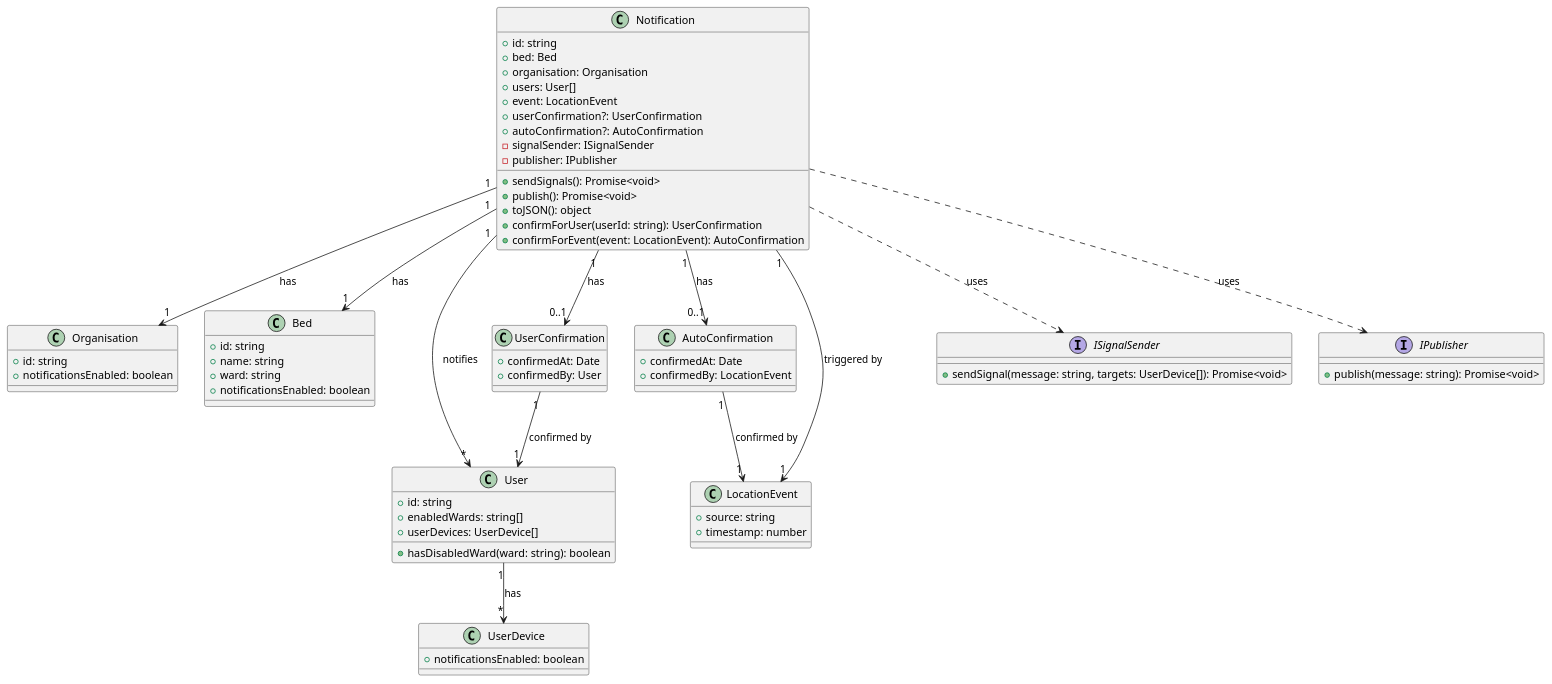
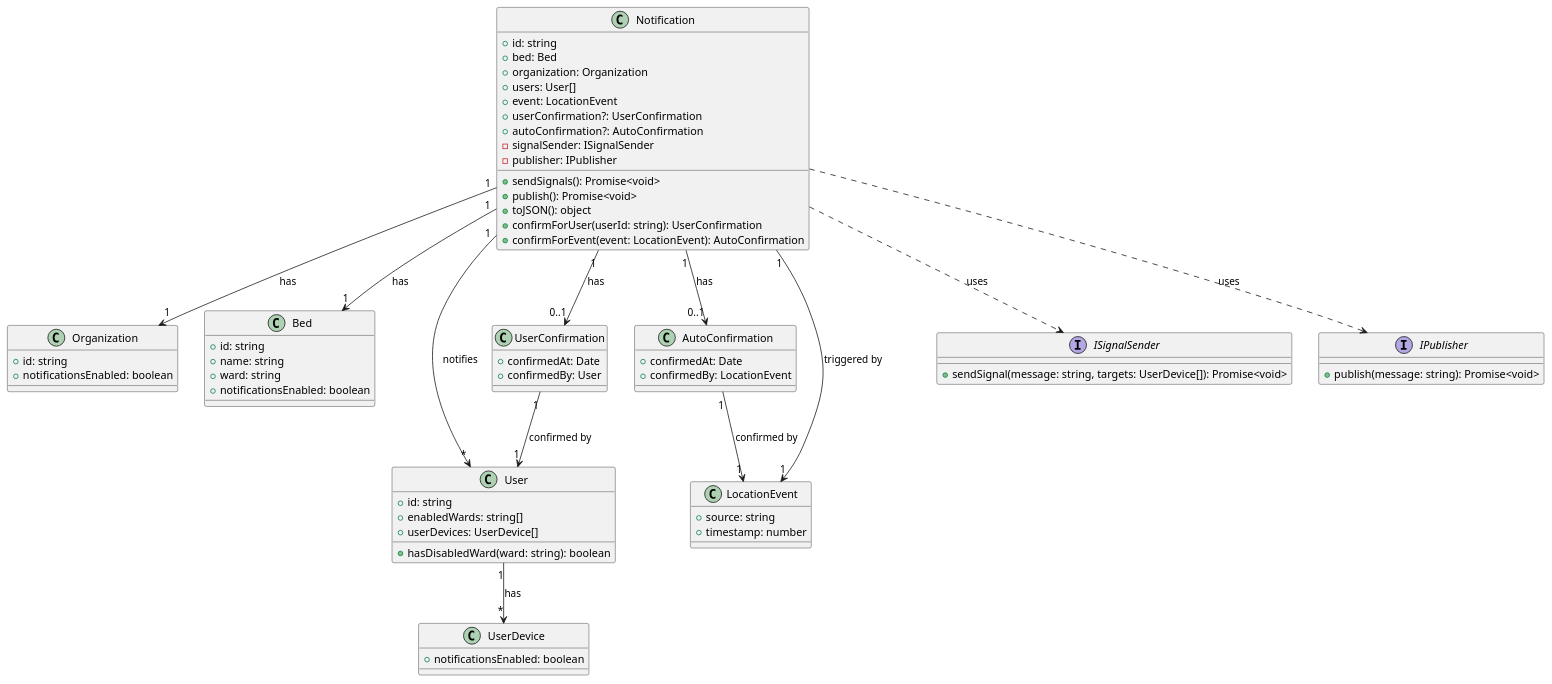
One commit to ali-arjmandi/momo-medical changed the diagram in docs/class-diagram.puml. Above: the diagram before and after it, drawn with PlantUML. The commit also changed 6 other files, not shown here.

Commit message:
refactor: :truck: Rename 'Organisation' to 'Organization' across the codebase

```diff
--- a/docs/class-diagram.puml
+++ b/docs/class-diagram.puml
@@ -1,78 +1,78 @@
 @startuml
 class Notification {
   +id: string
   +bed: Bed
-  +organisation: Organisation
+  +organization: Organization
   +users: User[]
   +event: LocationEvent
   +userConfirmation?: UserConfirmation
   +autoConfirmation?: AutoConfirmation
   -signalSender: ISignalSender
   -publisher: IPublisher
   +sendSignals(): Promise<void>
   +publish(): Promise<void>
   +toJSON(): object
   +confirmForUser(userId: string): UserConfirmation
   +confirmForEvent(event: LocationEvent): AutoConfirmation
 }
 
-class Organisation {
+class Organization {
   +id: string
   +notificationsEnabled: boolean
 }
 
 class Bed {
   +id: string
   +name: string
   +ward: string
   +notificationsEnabled: boolean
 }
 
 class User {
   +id: string
   +enabledWards: string[]
   +userDevices: UserDevice[]
   +hasDisabledWard(ward: string): boolean
 }
 
 class UserDevice {
   +notificationsEnabled: boolean
 }
 
 class UserConfirmation {
   +confirmedAt: Date
   +confirmedBy: User
 }
 
 class AutoConfirmation {
   +confirmedAt: Date
   +confirmedBy: LocationEvent
 }
 
 class LocationEvent {
   +source: string
   +timestamp: number
 }
 
 interface ISignalSender {
   +sendSignal(message: string, targets: UserDevice[]): Promise<void>
 }
 
 interface IPublisher {
   +publish(message: string): Promise<void>
 }
 
 ' Relationships
-Notification "1" --> "1" Organisation : has
+Notification "1" --> "1" Organization : has
 Notification "1" --> "1" Bed : has
 Notification "1" --> "*" User : notifies
 Notification "1" --> "1" LocationEvent : triggered by
 Notification "1" --> "0..1" UserConfirmation : has
 Notification "1" --> "0..1" AutoConfirmation : has
 Notification ..> ISignalSender : uses
 Notification ..> IPublisher : uses
 
 User "1" --> "*" UserDevice : has
 UserConfirmation "1" --> "1" User : confirmed by
 AutoConfirmation "1" --> "1" LocationEvent : confirmed by
 @enduml
```
